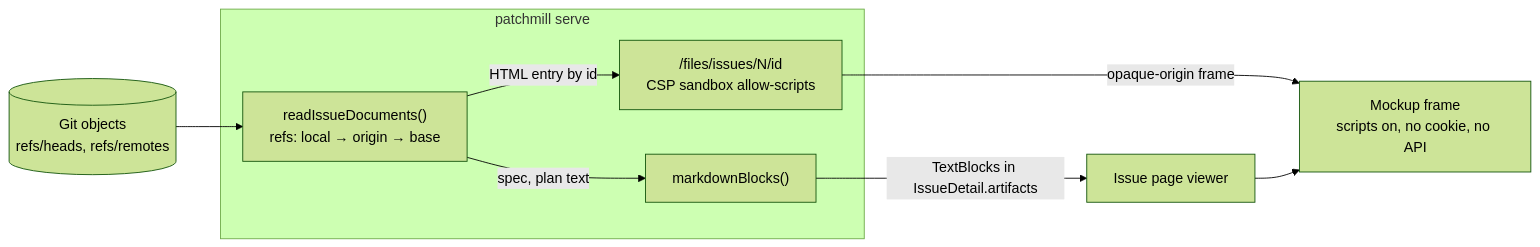
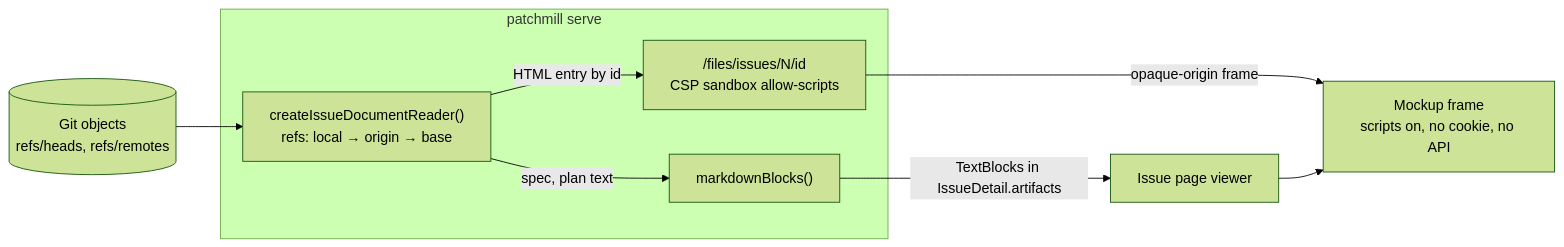
Before and after one commit to rochecompaan/patchmill: the diagram in docs/specs/2026-11-20-issue-384-show-an-issue-s-spec-plan-and-mockups-on-the-liv-design.md, drawn with Mermaid (forest theme). The commit also changed other lines of this file and 2 other files, not shown here.

````diff
--- a/docs/specs/2026-11-20-issue-384-show-an-issue-s-spec-plan-and-mockups-on-the-liv-design.md
+++ b/docs/specs/2026-11-20-issue-384-show-an-issue-s-spec-plan-and-mockups-on-the-liv-design.md
@@ -359,15 +385,15 @@
 ```mermaid
 flowchart LR
   subgraph Server["patchmill serve"]
-    D["readIssueDocuments()<br/>refs: local → origin → base"]
+    D["createIssueDocumentReader()<br/>refs: local → origin → base"]
     M["markdownBlocks()"]
     R["/files/issues/N/id<br/>CSP sandbox allow-scripts"]
   end
   G[("Git objects<br/>refs/heads, refs/remotes")]
   G --> D
   D -->|spec, plan text| M
   M -->|TextBlocks in IssueDetail.artifacts| P["Issue page viewer"]
   D -->|HTML entry by id| R
   R -->|opaque-origin frame| F["Mockup frame<br/>scripts on, no cookie, no API"]
   P --> F
 ```
````
